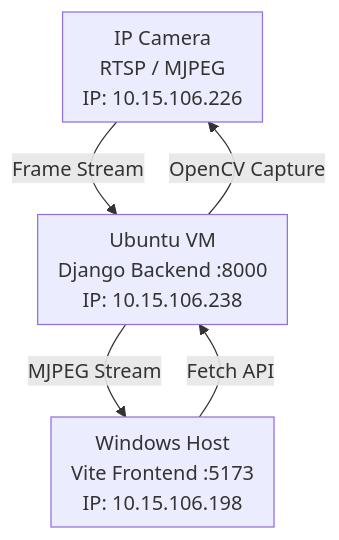
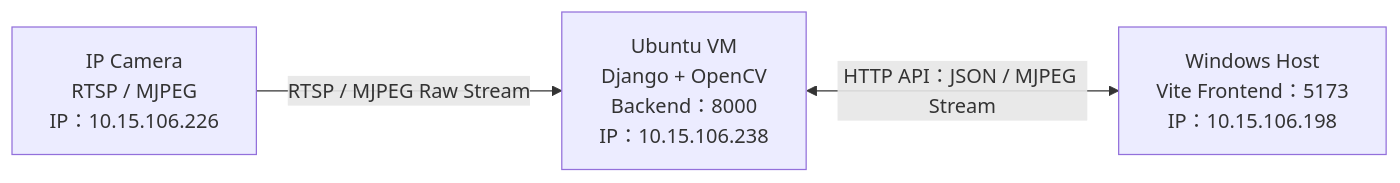
The third of 5 diagrams in docs/system-report.md (raylei50653/lab), drawn with Mermaid before and after one commit. The commit also changed other lines of this file, not shown here.

````diff
--- a/docs/system-report.md
+++ b/docs/system-report.md
@@ -142,16 +146,16 @@
 ```mermaid
-flowchart TB
-    subgraph HOST["Windows Host\nVite Frontend :5173\nIP: 10.15.106.198"]
-    end
+flowchart LR
 
-    subgraph VM["Ubuntu VM\nDjango Backend :8000\nIP: 10.15.106.238"]
-    end
+    CAM["IP Camera<br/>RTSP / MJPEG<br/>IP：10.15.106.226"]
 
-    subgraph CAM["IP Camera\nRTSP / MJPEG\nIP: 10.15.106.226"]
-    end
+    VM["Ubuntu VM<br/>Django + OpenCV<br/>Backend：8000<br/>IP：10.15.106.238"]
 
-    HOST -->|Fetch API| VM
-    VM -->|OpenCV Capture| CAM
-    CAM -->|Frame Stream| VM
-    VM -->|MJPEG Stream| HOST
+    HOST["Windows Host<br/>Vite Frontend：5173<br/>IP：10.15.106.198"]
+
+    %% Camera → VM
+    CAM -->|"RTSP / MJPEG Raw Stream"| VM
+
+    %% VM → Host
+    VM <-->|"HTTP API：JSON / MJPEG Stream"| HOST
+
 ```
````
